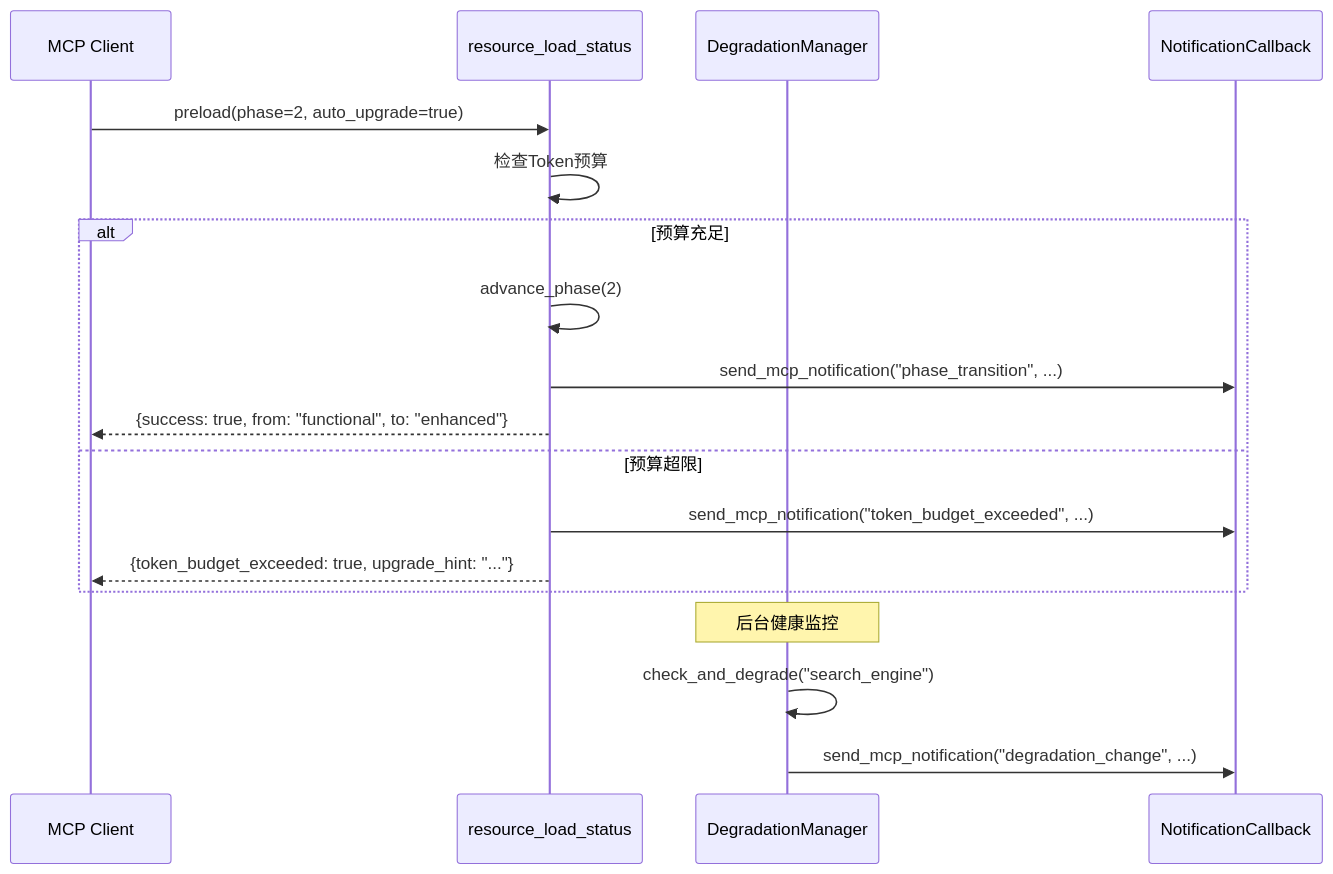
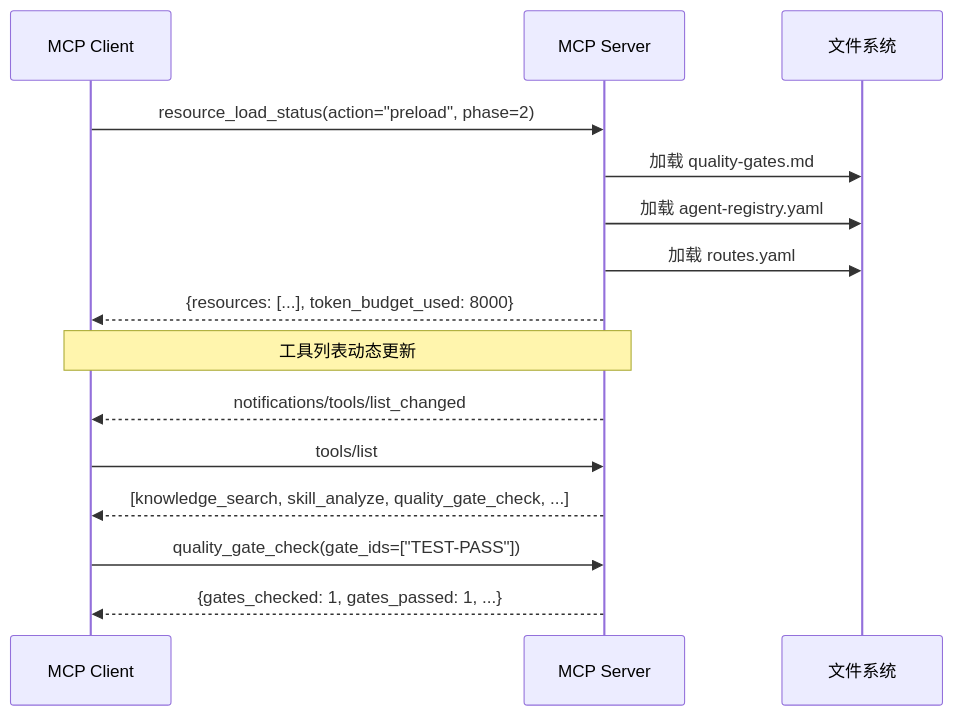
One commit to xuanyuanchumo/xuansto changed the fifth of 8 diagrams in docs/plan/MCP_REVIEW.md. Above: the diagram before and after it, drawn with Mermaid. The commit also changed other lines of this file and 26 other files, not shown here.

````diff
--- a/docs/plan/MCP_REVIEW.md
+++ b/docs/plan/MCP_REVIEW.md
@@ -1127,22 +486,22 @@
 ```mermaid
 sequenceDiagram
     participant Client as MCP Client
-    participant RLS as resource_load_status
-    participant DM as DegradationManager
-    participant Notif as NotificationCallback
+    participant Server as MCP Server
+    participant FS as 文件系统
 
-    Client->>RLS: preload(phase=2, auto_upgrade=true)
-    RLS->>RLS: 检查Token预算
-    alt 预算充足
-        RLS->>RLS: advance_phase(2)
-        RLS->>Notif: send_mcp_notification("phase_transition", ...)
-        RLS-->>Client: {success: true, from: "functional", to: "enhanced"}
-    else 预算超限
-        RLS->>Notif: send_mcp_notification("token_budget_exceeded", ...)
-        RLS-->>Client: {token_budget_exceeded: true, upgrade_hint: "..."}
-    end
+    Client->>Server: resource_load_status(action="preload", phase=2)
+    Server->>FS: 加载 quality-gates.md
+    Server->>FS: 加载 agent-registry.yaml
+    Server->>FS: 加载 routes.yaml
+    Server-->>Client: {resources: [...], token_budget_used: 8000}
 
-    Note over DM: 后台健康监控
-    DM->>DM: check_and_degrade("search_engine")
-    DM->>Notif: send_mcp_notification("degradation_change", ...)
+    Note over Client,Server: 工具列表动态更新
+
+    Server-->>Client: notifications/tools/list_changed
+
+    Client->>Server: tools/list
+    Server-->>Client: [knowledge_search, skill_analyze, quality_gate_check, ...]
+
+    Client->>Server: quality_gate_check(gate_ids=["TEST-PASS"])
+    Server-->>Client: {gates_checked: 1, gates_passed: 1, ...}
 ```
````
